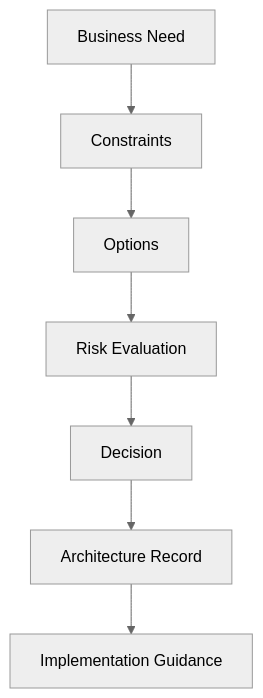
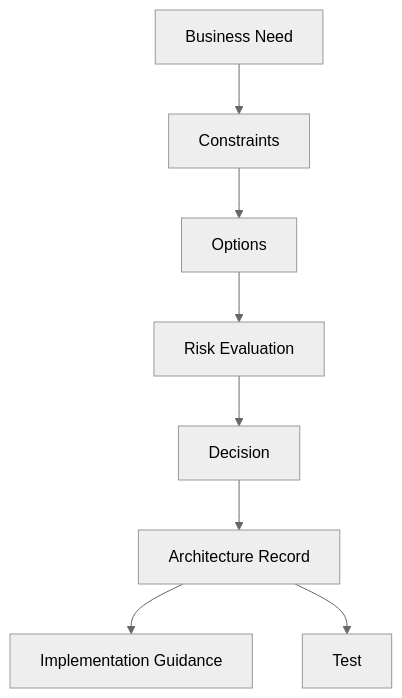
Before and after one commit to rzamperlini/rodrigo-mdbook-portfolio: the diagram in src/decision-making.md, drawn with Mermaid (neutral theme).

Commit message:
Add Test step to decision-making process

````diff
--- a/src/decision-making.md
+++ b/src/decision-making.md
@@ -17,9 +17,10 @@
 ```mermaid
 flowchart TD
     N[Business Need] --> C[Constraints]
     C --> O[Options]
     O --> R[Risk Evaluation]
     R --> D[Decision]
     D --> A[Architecture Record]
     A --> I[Implementation Guidance]
+    A --> T[Test]
 ```
````
